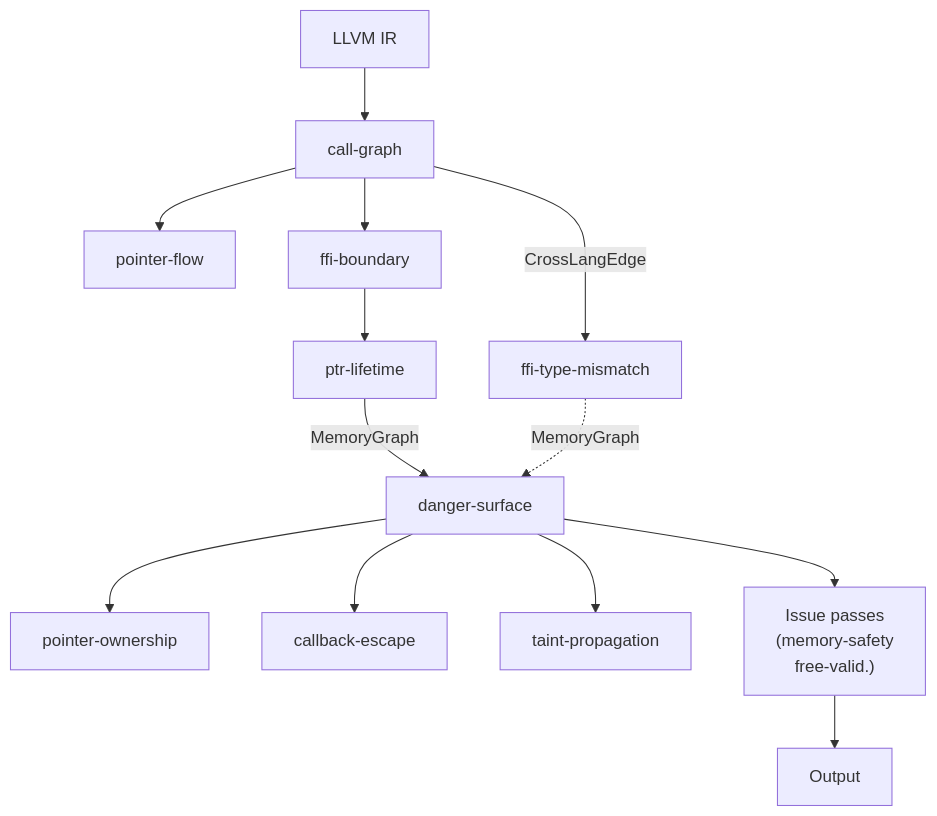
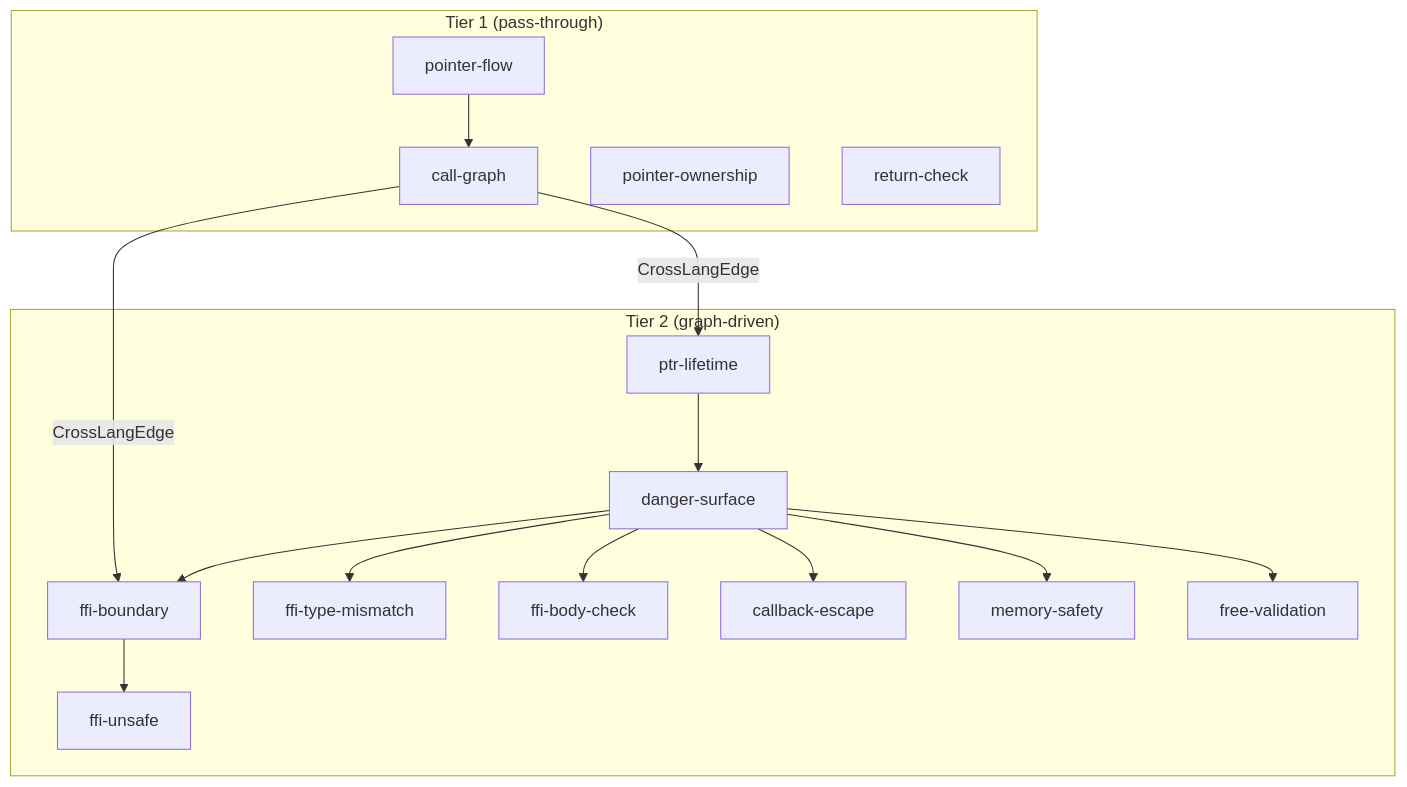
The second of 3 diagrams in docs/en/passes.md (Timwood0x10/OmniScope), drawn with Mermaid before and after one commit. The commit also changed other lines of this file and 12 other files, not shown here.

Commit message:
feat(ffi): implement Go cgo memory safety detection and pipeline integration

````diff
--- a/docs/en/passes.md
+++ b/docs/en/passes.md
@@ -155,28 +416,33 @@
 ```mermaid
-flowchart TD
-    LLVMIR["LLVM IR"]
-    callgraph["call-graph"]
-    pointerflow["pointer-flow"]
-    ffiboundary["ffi-boundary"]
-    ffitypemismatch["ffi-type-mismatch"]
-    ptrlifetime["ptr-lifetime"]
-    dangersurface["danger-surface"]
-    pointerownership["pointer-ownership"]
-    callbackescape["callback-escape"]
-    taintpropagation["taint-propagation"]
-    issuepasses["Issue passes<br/>(memory-safety<br/>free-valid.)"]
-    Output["Output"]
+graph TD
+    subgraph Tier1["Tier 1 (pass-through)"]
+        call_graph["call-graph"]
+        pointer_flow["pointer-flow"]
+        pointer_ownership["pointer-ownership"]
+        return_check["return-check"]
+    end
 
-    LLVMIR --> callgraph
-    callgraph -->|"CrossLangEdge"| ffitypemismatch
-    callgraph --> pointerflow
-    callgraph --> ffiboundary
-    ffiboundary --> ptrlifetime
-    ptrlifetime -->|"MemoryGraph"| dangersurface
-    ffitypemismatch -.->|"MemoryGraph"| dangersurface
-    dangersurface --> pointerownership
-    dangersurface --> callbackescape
-    dangersurface --> taintpropagation
-    dangersurface --> issuepasses
-    issuepasses --> Output
+    subgraph Tier2["Tier 2 (graph-driven)"]
+        ptr_lifetime["ptr-lifetime"]
+        danger_surface["danger-surface"]
+        ffi_boundary["ffi-boundary"]
+        ffi_type_mismatch["ffi-type-mismatch"]
+        ffi_body_check["ffi-body-check"]
+        ffi_unsafe["ffi-unsafe"]
+        callback_esc["callback-escape"]
+        memory_safety["memory-safety"]
+        free_validation["free-validation"]
+    end
+
+    call_graph -->|CrossLangEdge| ptr_lifetime
+    pointer_flow --> call_graph
+    ptr_lifetime --> danger_surface
+    danger_surface --> ffi_boundary
+    danger_surface --> ffi_type_mismatch
+    danger_surface --> ffi_body_check
+    ffi_boundary --> ffi_unsafe
+    danger_surface --> callback_esc
+    danger_surface --> memory_safety
+    danger_surface --> free_validation
+    call_graph -->|CrossLangEdge| ffi_boundary
 ```
````
